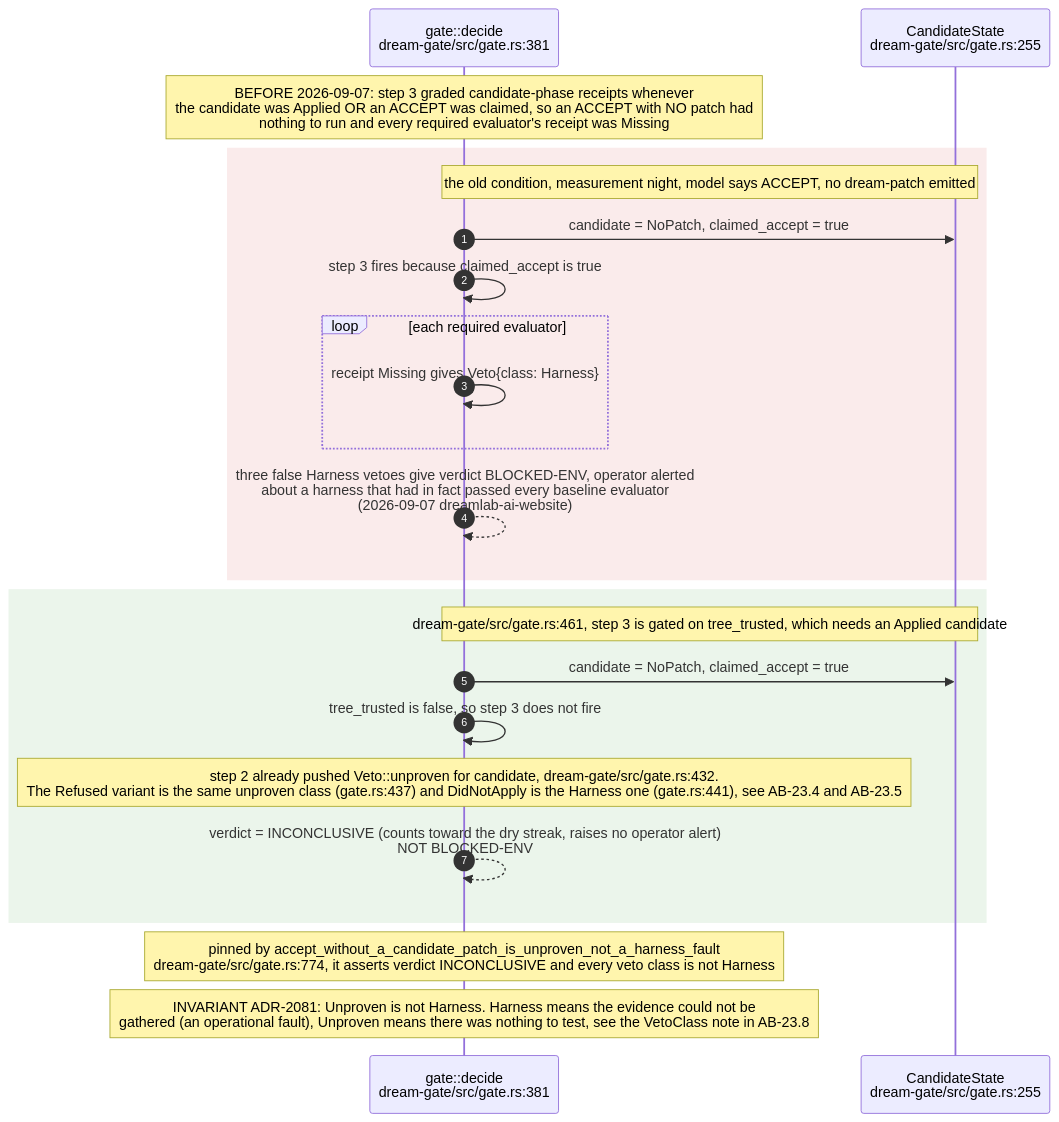
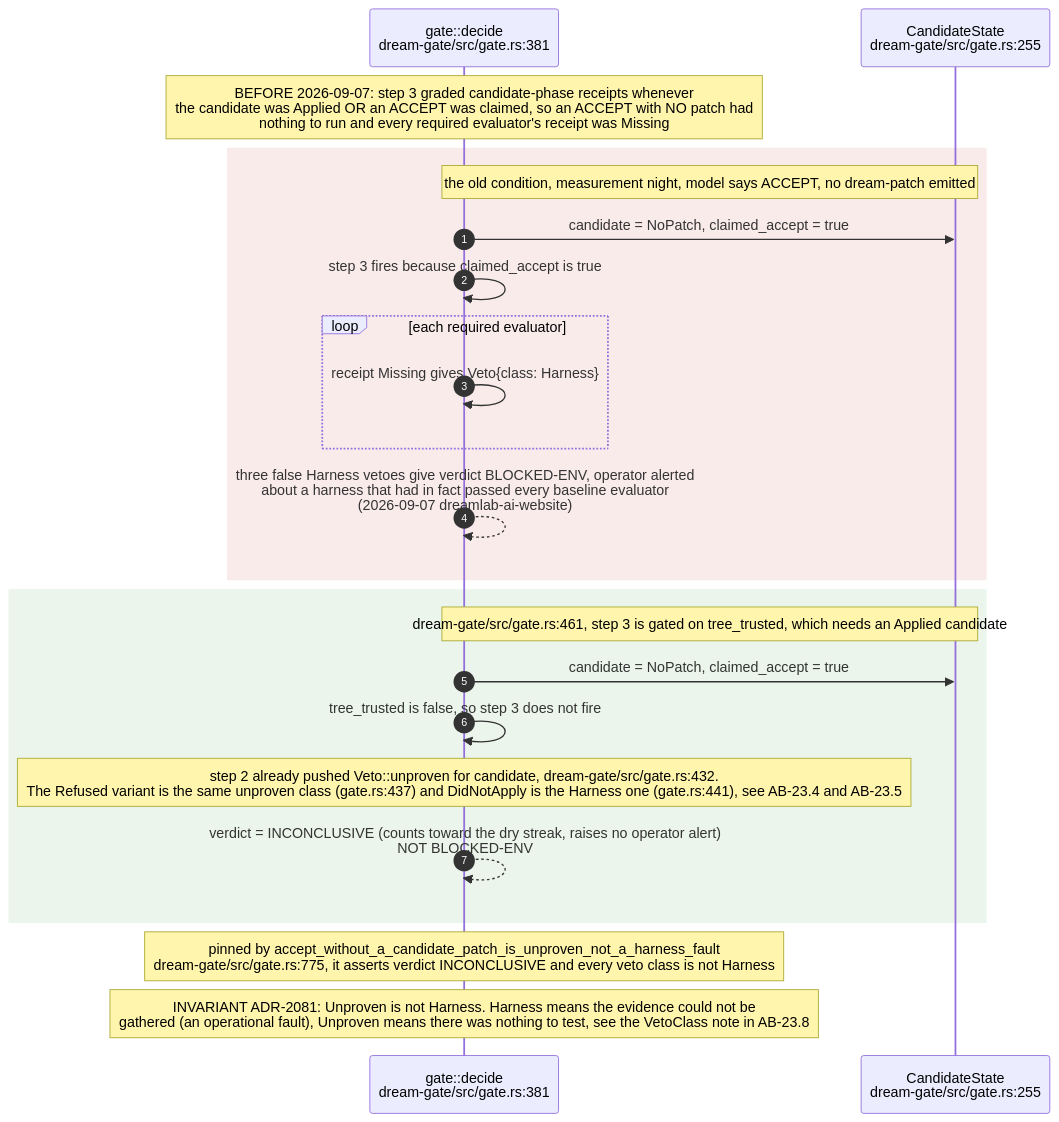
Diagram 13 of 22 in docs/diagrams/agentbox/23-dream-engine.md (DreamLab-AI/VisionFlow), drawn with Mermaid before and after one commit. The commit also changed other lines of this file and 160 other files, not shown here.

````diff
--- a/docs/diagrams/agentbox/23-dream-engine.md
+++ b/docs/diagrams/agentbox/23-dream-engine.md
@@ -712,26 +731,26 @@
 ```mermaid
 sequenceDiagram
     autonumber
     participant G as gate::decide<br/>dream-gate/src/gate.rs:381
     participant C as CandidateState<br/>dream-gate/src/gate.rs:255
 
     Note over G: BEFORE 2026-09-07: step 3 graded candidate-phase receipts whenever<br/>the candidate was Applied OR an ACCEPT was claimed, so an ACCEPT with NO patch had<br/>nothing to run and every required evaluator's receipt was Missing
     rect rgb(250,235,235)
         Note over G,C: the old condition, measurement night, model says ACCEPT, no dream-patch emitted
         G->>C: candidate = NoPatch, claimed_accept = true
         G->>G: step 3 fires because claimed_accept is true
         loop each required evaluator
             G->>G: receipt Missing gives Veto{class: Harness}
         end
         G-->>G: three false Harness vetoes give verdict BLOCKED-ENV, operator alerted<br/>about a harness that had in fact passed every baseline evaluator<br/>(2026-09-07 dreamlab-ai-website)
     end
     rect rgb(235,245,235)
         Note over G,C: dream-gate/src/gate.rs:461, step 3 is gated on tree_trusted, which needs an Applied candidate
         G->>C: candidate = NoPatch, claimed_accept = true
         G->>G: tree_trusted is false, so step 3 does not fire
         Note over G: step 2 already pushed Veto::unproven for candidate, dream-gate/src/gate.rs:432.<br/>The Refused variant is the same unproven class (gate.rs:437) and DidNotApply is the Harness one (gate.rs:441), see AB-23.4 and AB-23.5
         G-->>G: verdict = INCONCLUSIVE (counts toward the dry streak, raises no operator alert)<br/>NOT BLOCKED-ENV
     end
-    Note over G: pinned by accept_without_a_candidate_patch_is_unproven_not_a_harness_fault<br/>dream-gate/src/gate.rs:774, it asserts verdict INCONCLUSIVE and every veto class is not Harness
+    Note over G: pinned by accept_without_a_candidate_patch_is_unproven_not_a_harness_fault<br/>dream-gate/src/gate.rs:775, it asserts verdict INCONCLUSIVE and every veto class is not Harness
     Note over G: INVARIANT ADR-2081: Unproven is not Harness. Harness means the evidence could not be<br/>gathered (an operational fault), Unproven means there was nothing to test, see the VetoClass note in AB-23.8
 ```
````
